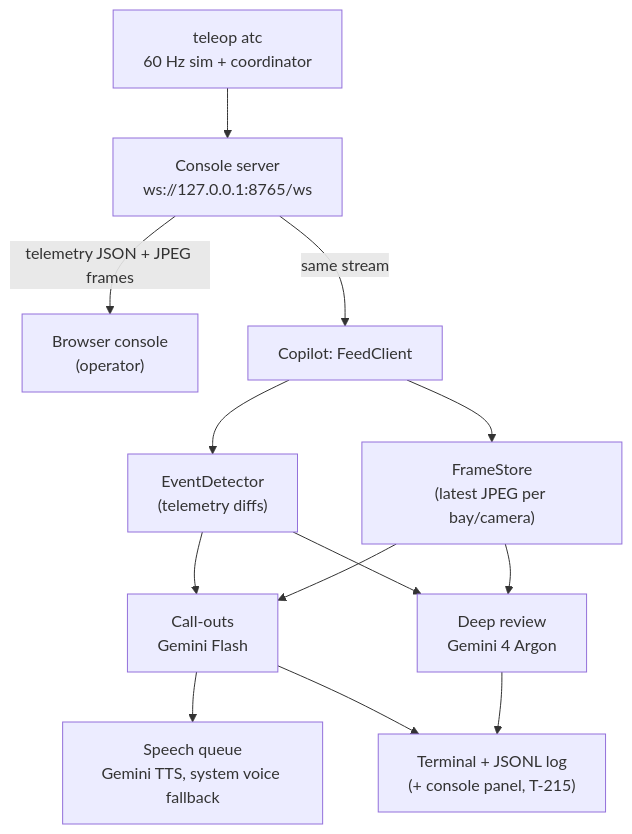
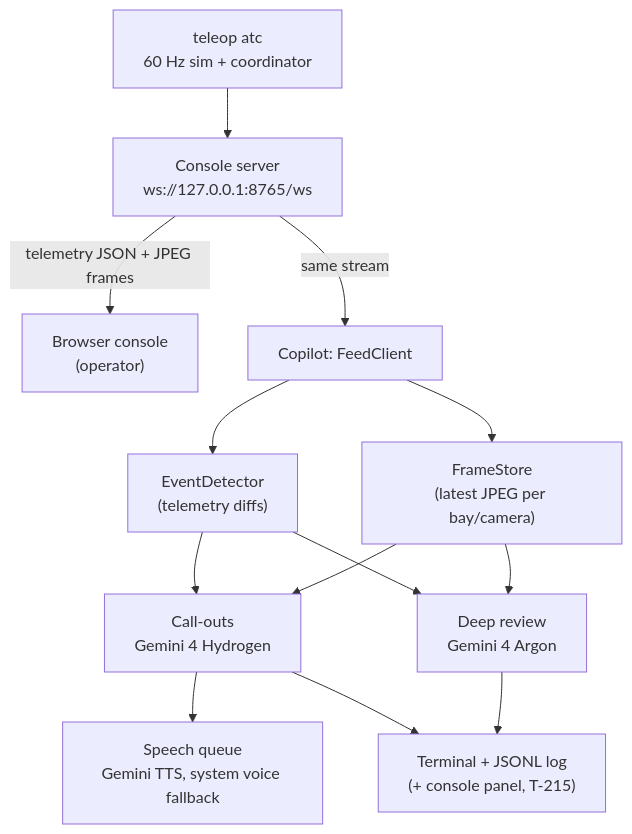
Before and after one commit to Mr-Moody/Dex-ET2: the diagram in docs/superpowers/plans/2026-11-14-operator-copilot-plan.md, drawn with Mermaid. The commit also changed other lines of this file, not shown here.

Commit message:
docs(docs): make gemini-4-hydrogen the copilot call-out model in the plan

````diff
--- a/docs/superpowers/plans/2026-11-14-operator-copilot-plan.md
+++ b/docs/superpowers/plans/2026-11-14-operator-copilot-plan.md
@@ -34,15 +34,15 @@
 ```mermaid
 flowchart TD
     ATC["teleop atc<br/>60 Hz sim + coordinator"] --> SRV["Console server<br/>ws://127.0.0.1:8765/ws"]
     SRV -->|"telemetry JSON + JPEG frames"| WEB["Browser console<br/>(operator)"]
     SRV -->|"same stream"| FEED["Copilot: FeedClient"]
     FEED --> DET["EventDetector<br/>(telemetry diffs)"]
     FEED --> FR["FrameStore<br/>(latest JPEG per bay/camera)"]
-    DET --> CALL["Call-outs<br/>Gemini Flash"]
+    DET --> CALL["Call-outs<br/>Gemini 4 Hydrogen"]
     DET --> REV["Deep review<br/>Gemini 4 Argon"]
     FR --> CALL
     FR --> REV
     CALL --> SPK["Speech queue<br/>Gemini TTS, system voice fallback"]
     CALL --> OUT["Terminal + JSONL log<br/>(+ console panel, T-215)"]
     REV --> OUT
 ```
````
